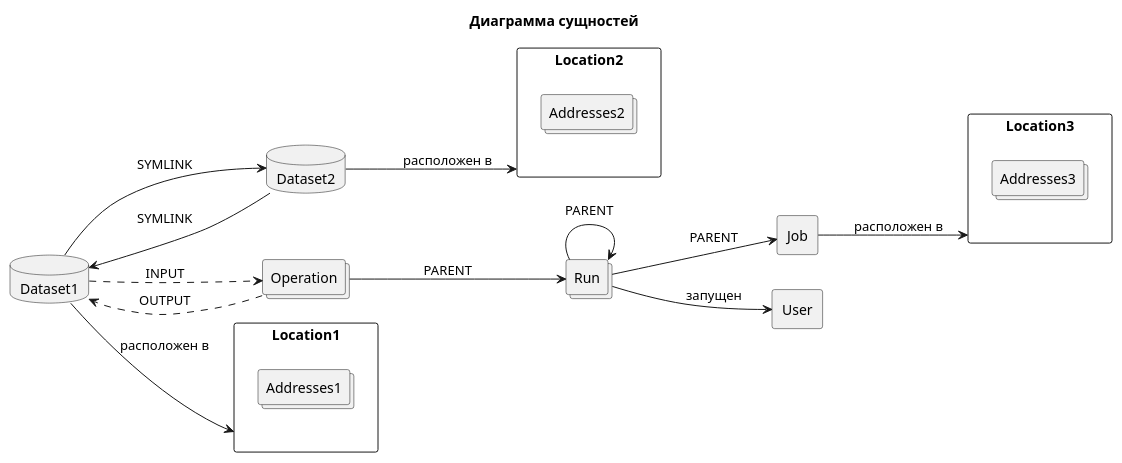
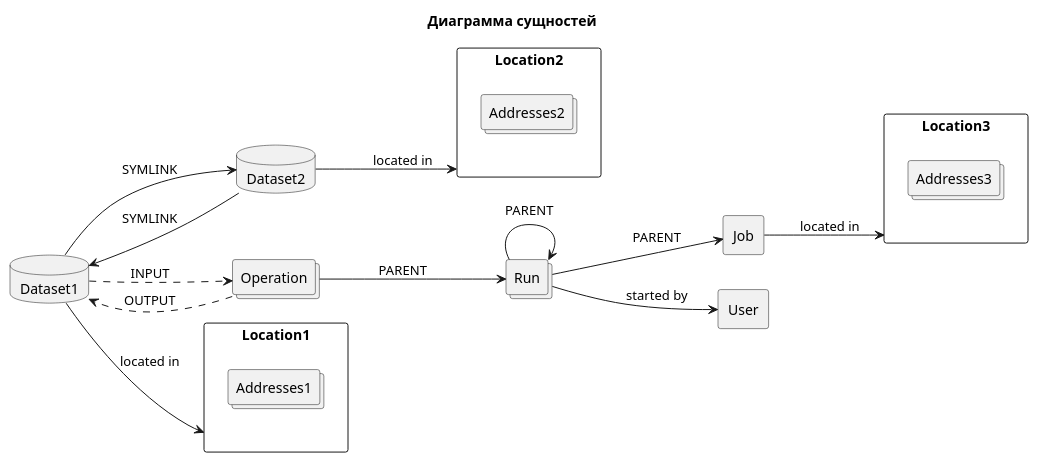
One commit to MobileTeleSystems/data-rentgen changed the first of 2 diagrams in mddocs/docs/ru/entities/index.md. Above: the diagram before and after it, drawn with PlantUML. The commit also changed other lines of this file and 20 other files, not shown here.

````diff
--- a/mddocs/docs/ru/entities/index.md
+++ b/mddocs/docs/ru/entities/index.md
@@ -3,37 +3,37 @@
 ```plantuml
 
     @startuml
         title Диаграмма сущностей
         skinparam componentStyle rectangle
         left to right direction
 
         component Location1 {
             collections Addresses1
         }
         component Location2 {
             collections Addresses2
         }
         component Location3 {
             collections Addresses3
         }
         database Dataset1
         database Dataset2
         component Job
         collections Run
         collections Operation
         component User
 
-        [Dataset1] --> [Location1]: расположен в
-        [Dataset2] --> [Location2]: расположен в
+        [Dataset1] --> [Location1]: located in
+        [Dataset2] --> [Location2]: located in
         [Dataset1] --> [Dataset2]: SYMLINK
         [Dataset2] --> [Dataset1]: SYMLINK
-        [Job] --> [Location3]: расположен в
+        [Job] --> [Location3]: located in
         [Run] --> [Job]: PARENT
         [Operation] --> [Run]: PARENT
-        [Run] --> [User]: запущен
+        [Run] --> [User]: started by
         [Run] --> [Run]: PARENT
         [Dataset1] ..> [Operation]: INPUT
         [Operation] ..> [Dataset1]: OUTPUT
 
     @enduml
 ```
````
